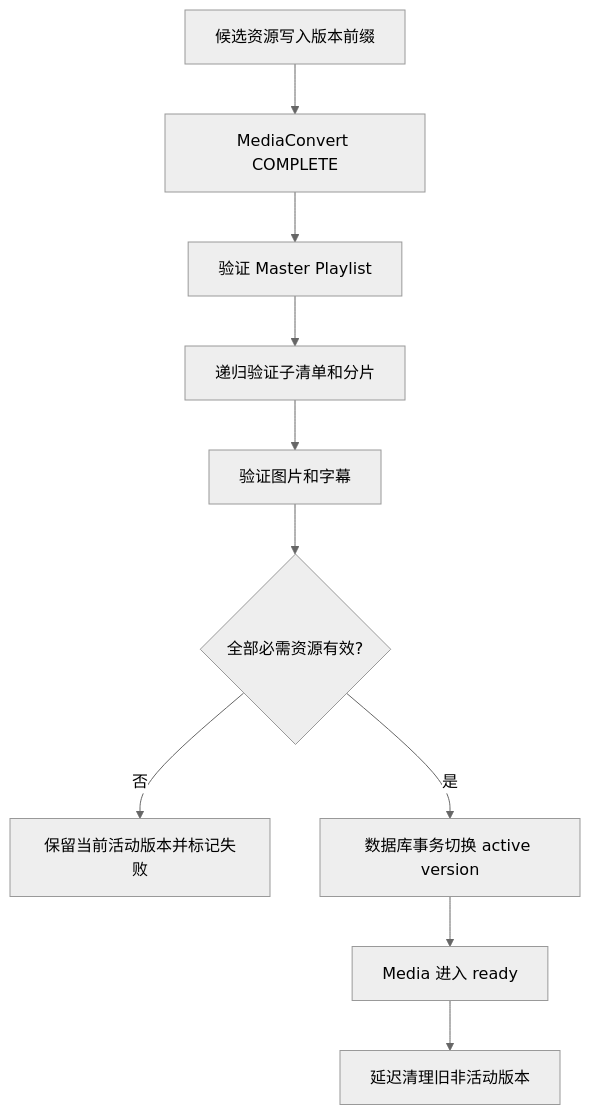
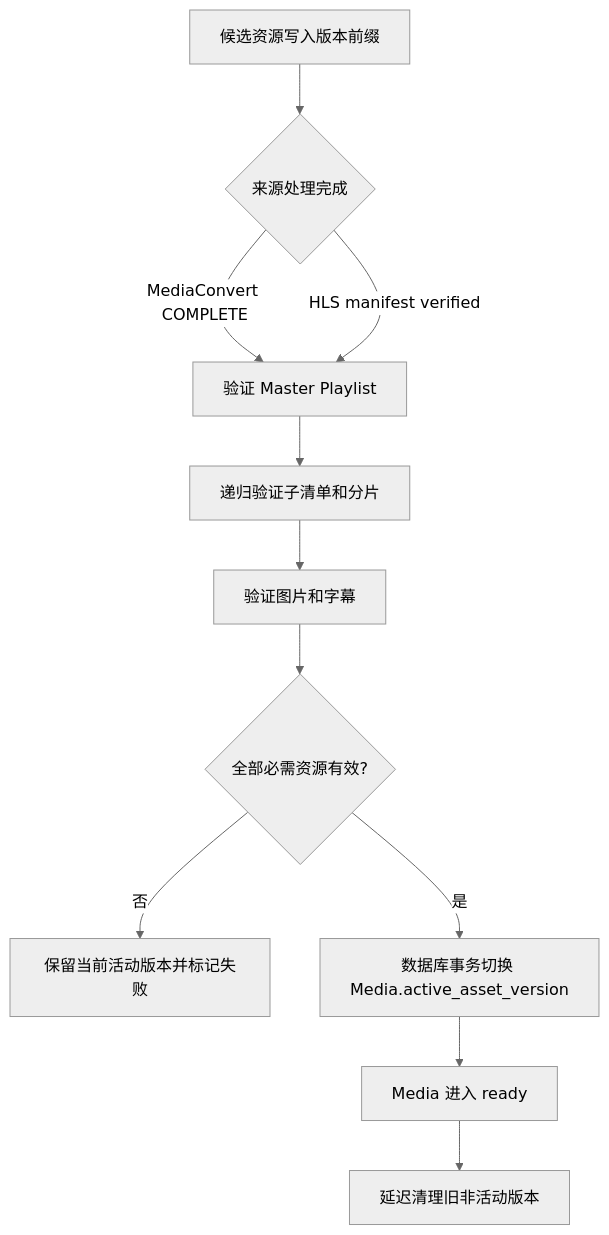
Diagram 11 of 24 in docs/superpowers/specs/2026-08-01-aws-backend-integration-design.md (caoyjie/mediacms), drawn with Mermaid (neutral theme) before and after one commit. The commit also changed other lines of this file, not shown here.

Commit message:
docs: refine MediaCMS AWS integration states

````diff
--- a/docs/superpowers/specs/2026-08-01-aws-backend-integration-design.md
+++ b/docs/superpowers/specs/2026-08-01-aws-backend-integration-design.md
@@ -482,12 +551,13 @@
 ```mermaid
 flowchart TD
-    A[候选资源写入版本前缀] --> B[MediaConvert COMPLETE]
-    B --> C[验证 Master Playlist]
+    A[候选资源写入版本前缀] --> B{来源处理完成}
+    B -->|MediaConvert COMPLETE| C[验证 Master Playlist]
+    B -->|HLS manifest verified| C
     C --> D[递归验证子清单和分片]
     D --> E[验证图片和字幕]
     E --> F{全部必需资源有效?}
     F -->|否| G[保留当前活动版本并标记失败]
-    F -->|是| H[数据库事务切换 active version]
+    F -->|是| H[数据库事务切换 Media.active_asset_version]
     H --> I[Media 进入 ready]
     I --> J[延迟清理旧非活动版本]
 ```
````
